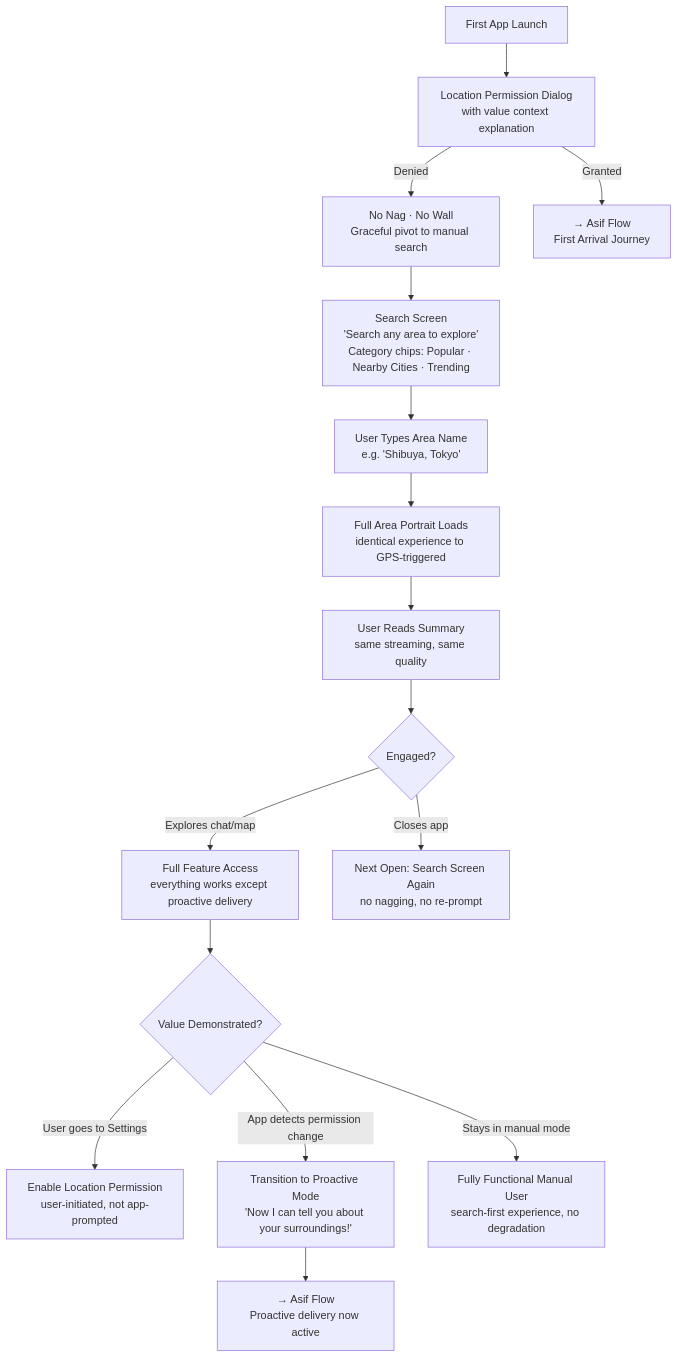
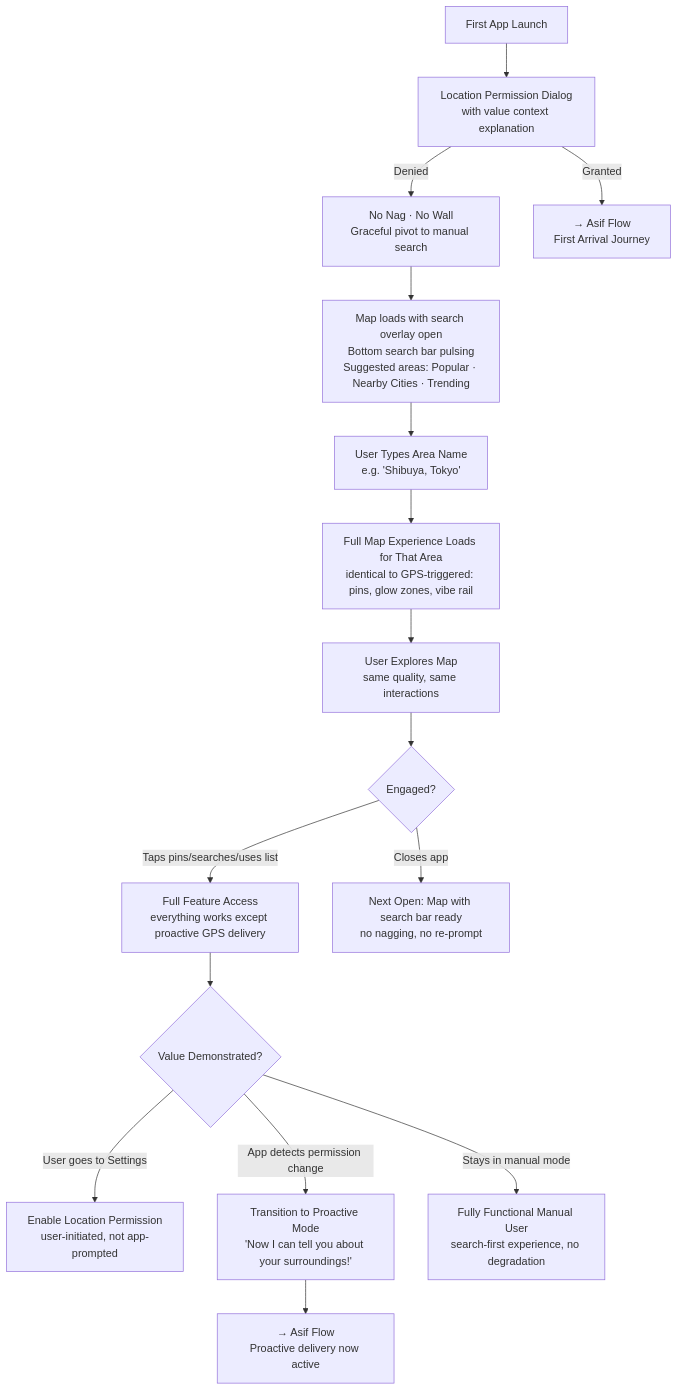
Before and after one commit to Asif000/harazone-app: the second of 3 diagrams in _bmad-output/planning-artifacts/ux-design-specification.md, drawn with Mermaid. The commit also changed other lines of this file and 91 other files, not shown here.

First line of the commit message:
V3 Full-Screen Map: replace multi-screen architecture with single map surface

````diff
--- a/_bmad-output/planning-artifacts/ux-design-specification.md
+++ b/_bmad-output/planning-artifacts/ux-design-specification.md
@@ -688,21 +744,21 @@
 ```mermaid
 flowchart TD
     A[First App Launch] --> B[Location Permission Dialog\nwith value context explanation]
     B -->|Denied| C[No Nag · No Wall\nGraceful pivot to manual search]
     B -->|Granted| D[→ Asif Flow\nFirst Arrival Journey]
 
-    C --> E[Search Screen\n'Search any area to explore'\nCategory chips: Popular · Nearby Cities · Trending]
+    C --> E[Map loads with search overlay open\nBottom search bar pulsing\nSuggested areas: Popular · Nearby Cities · Trending]
     E --> F[User Types Area Name\ne.g. 'Shibuya, Tokyo']
-    F --> G[Full Area Portrait Loads\nidentical experience to GPS-triggered]
-    G --> H[User Reads Summary\nsame streaming, same quality]
+    F --> G[Full Map Experience Loads for That Area\nidentical to GPS-triggered: pins, glow zones, vibe rail]
+    G --> H[User Explores Map\nsame quality, same interactions]
     H --> I{Engaged?}
-    I -->|Explores chat/map| J[Full Feature Access\neverything works except proactive delivery]
-    I -->|Closes app| K[Next Open: Search Screen Again\nno nagging, no re-prompt]
+    I -->|Taps pins/searches/uses list| J[Full Feature Access\neverything works except proactive GPS delivery]
+    I -->|Closes app| K[Next Open: Map with search bar ready\nno nagging, no re-prompt]
 
     J --> L{Value Demonstrated?}
     L -->|User goes to Settings| M[Enable Location Permission\nuser-initiated, not app-prompted]
     L -->|App detects permission change| N[Transition to Proactive Mode\n'Now I can tell you about your surroundings!']
     L -->|Stays in manual mode| O[Fully Functional Manual User\nsearch-first experience, no degradation]
 
     N --> P[→ Asif Flow\nProactive delivery now active]
 ```
````
